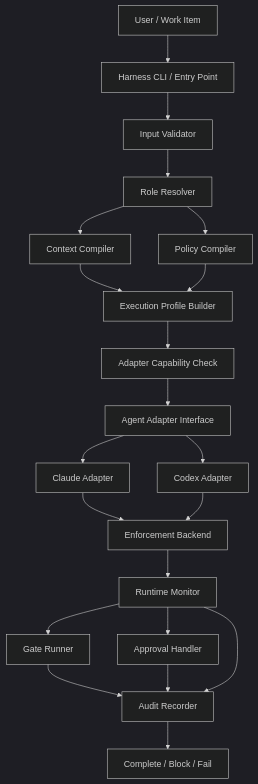
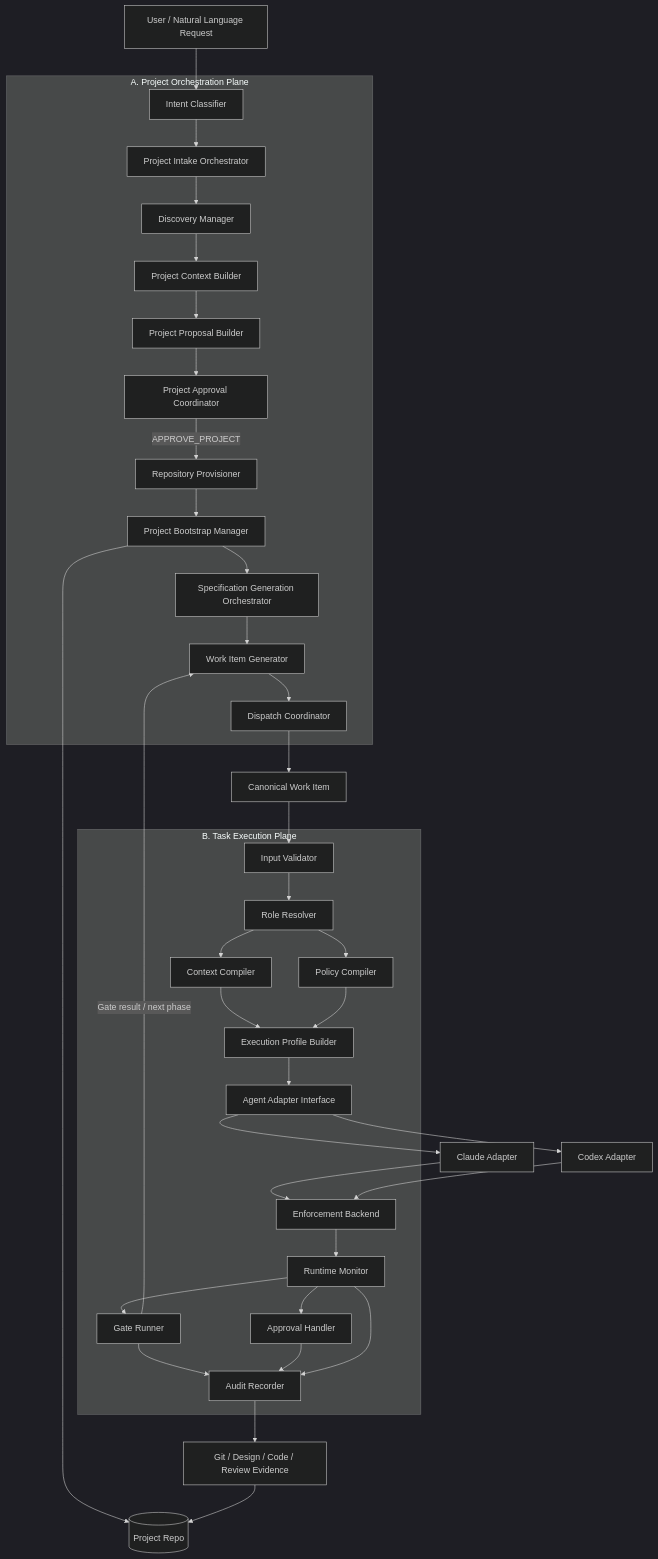
One commit to ivan-tsai1207/ai-system-delivery-framework changed the diagram in docs/harness_implementation_architecture.md. Above: the diagram before and after it, drawn with Mermaid (dark theme). The commit also changed other lines of this file, not shown here.

Commit message:
docs: integrate project orchestration into harness architecture

````diff
--- a/docs/harness_implementation_architecture.md
+++ b/docs/harness_implementation_architecture.md
@@ -32,23 +37,62 @@
 ```mermaid
 flowchart TD
-    U["User / Work Item"] --> CLI["Harness CLI / Entry Point"]
-    CLI --> IV["Input Validator"]
-    IV --> RR["Role Resolver"]
-    RR --> CC["Context Compiler"]
-    RR --> PC["Policy Compiler"]
-    CC --> EPB["Execution Profile Builder"]
+    U["User / Natural Language Request"]
+
+    subgraph OP["A. Project Orchestration Plane"]
+        IC["Intent Classifier"]
+        PIO["Project Intake Orchestrator"]
+        DM["Discovery Manager"]
+        PCB["Project Context Builder"]
+        PPB["Project Proposal Builder"]
+        PAC["Project Approval Coordinator"]
+        RP["Repository Provisioner"]
+        PBM["Project Bootstrap Manager"]
+        SGO["Specification Generation Orchestrator"]
+        WIG["Work Item Generator"]
+        DC["Dispatch Coordinator"]
+    end
+
+    PR[("Project Repo")]
+    WI["Canonical Work Item"]
+
+    subgraph TP["B. Task Execution Plane"]
+        IV["Input Validator"]
+        RR["Role Resolver"]
+        CC["Context Compiler"]
+        PC["Policy Compiler"]
+        EPB["Execution Profile Builder"]
+        AA["Agent Adapter Interface"]
+        ENF["Enforcement Backend"]
+        RM["Runtime Monitor"]
+        GR["Gate Runner"]
+        AH["Approval Handler"]
+        AR["Audit Recorder"]
+    end
+
+    CA["Claude Adapter"]
+    CO["Codex Adapter"]
+    OUT["Git / Design / Code / Review Evidence"]
+
+    U --> IC --> PIO --> DM --> PCB --> PPB --> PAC
+    PAC -->|"APPROVE_PROJECT"| RP --> PBM
+    PBM --> PR
+    PBM --> SGO --> WIG --> DC --> WI --> IV
+    IV --> RR
+    RR --> CC
+    RR --> PC
+    CC --> EPB
     PC --> EPB
-    EPB --> CAP["Adapter Capability Check"]
-    CAP --> AA["Agent Adapter Interface"]
-    AA --> CA["Claude Adapter"]
-    AA --> CO["Codex Adapter"]
-    CA --> ENF["Enforcement Backend"]
+    EPB --> AA
+    AA --> CA
+    AA --> CO
+    CA --> ENF
     CO --> ENF
-    ENF --> RM["Runtime Monitor"]
-    RM --> GR["Gate Runner"]
-    RM --> AH["Approval Handler"]
-    GR --> AR["Audit Recorder"]
+    ENF --> RM
+    RM --> GR
+    RM --> AH
+    GR --> AR
     AH --> AR
     RM --> AR
-    AR --> OUT["Complete / Block / Fail"]
+    AR --> OUT --> PR
+    GR -->|"Gate result / next phase"| WIG
 ```
````
